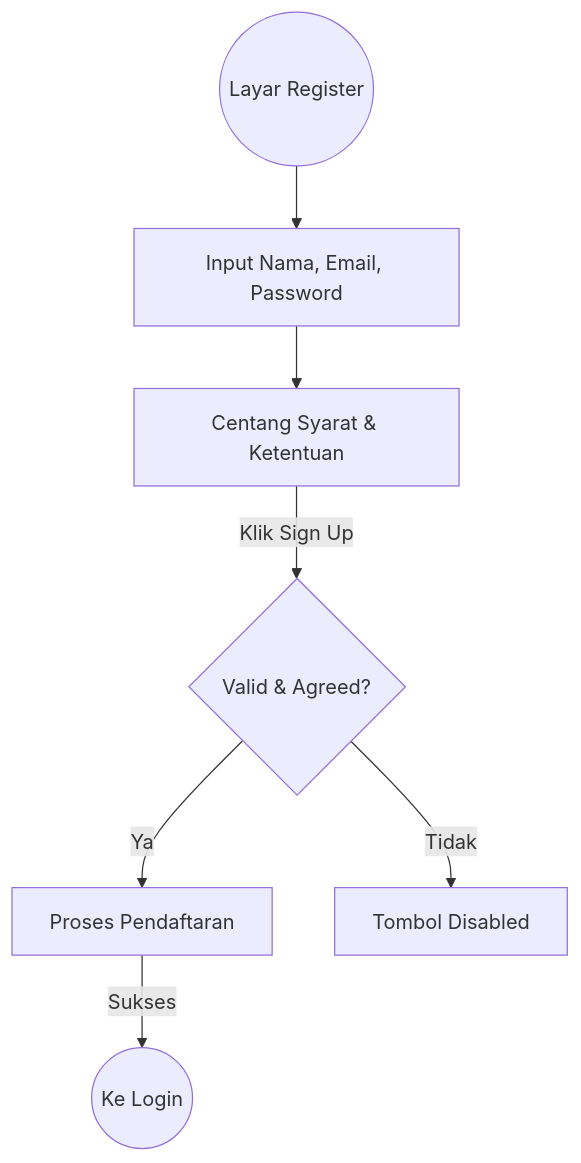
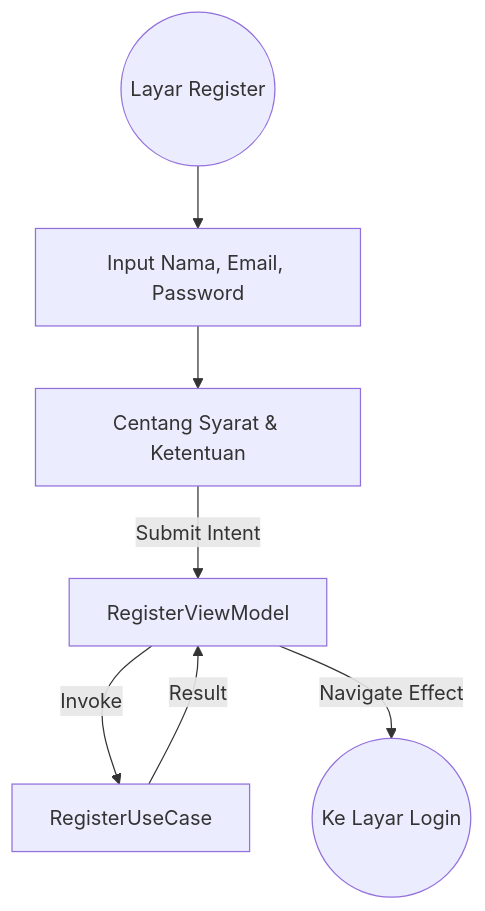
Before and after one commit to muharifandi/compose-mvi: the second of 2 diagrams in docs/docs-feature/auth-feature.md, drawn with Mermaid. The commit also changed other lines of this file and 53 other files, not shown here.

Commit message:
Refactor: Implement Clean Architecture, SOLID principles, and update documentation for Master, Auth, and Onboarding features

````diff
--- a/docs/docs-feature/auth-feature.md
+++ b/docs/docs-feature/auth-feature.md
@@ -34,9 +39,9 @@
 ```mermaid
 graph TD
     Entry((Layar Register)) --> Form[Input Nama, Email, Password]
     Form --> TC[Centang Syarat & Ketentuan]
-    TC -- "Klik Sign Up" --> Check{Valid & Agreed?}
-    Check -- Ya --> API[Proses Pendaftaran]
-    Check -- Tidak --> Wait[Tombol Disabled]
-    API -- Sukses --> Login((Ke Login))
+    TC -- "Submit Intent" --> VM[RegisterViewModel]
+    VM -- "Invoke" --> UC[RegisterUseCase]
+    UC -- "Result" --> VM
+    VM -- "Navigate Effect" --> Login((Ke Layar Login))
 ```
````
